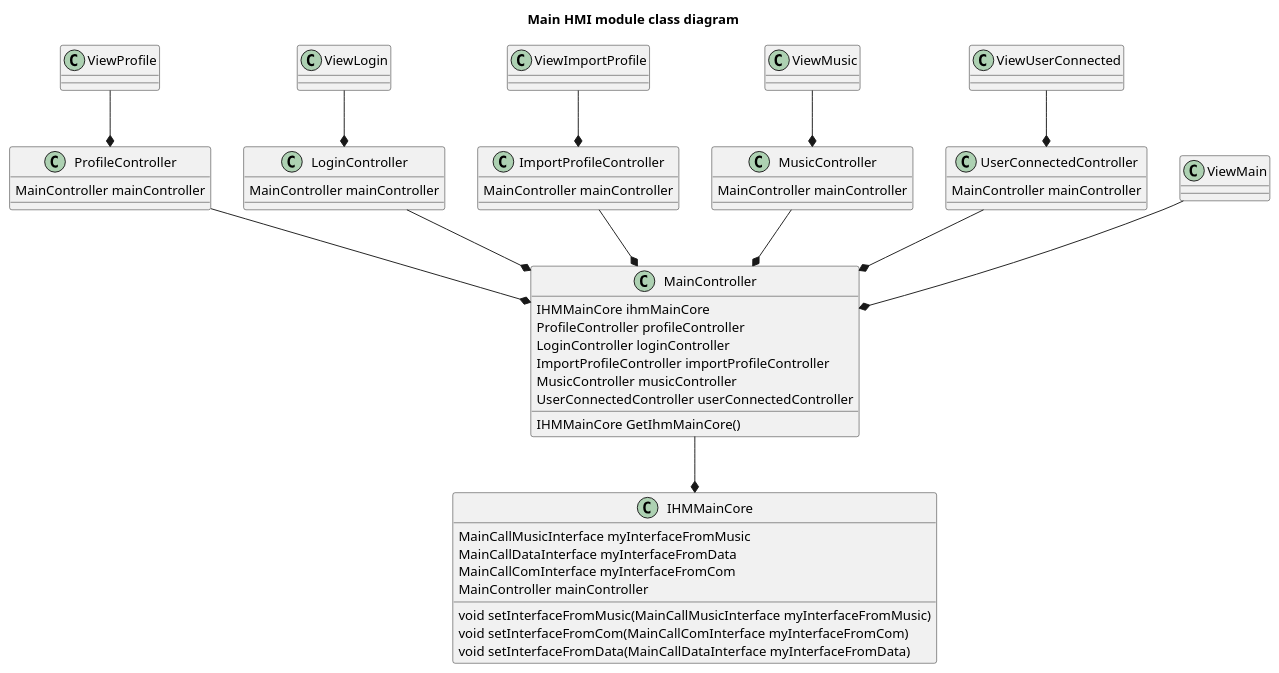
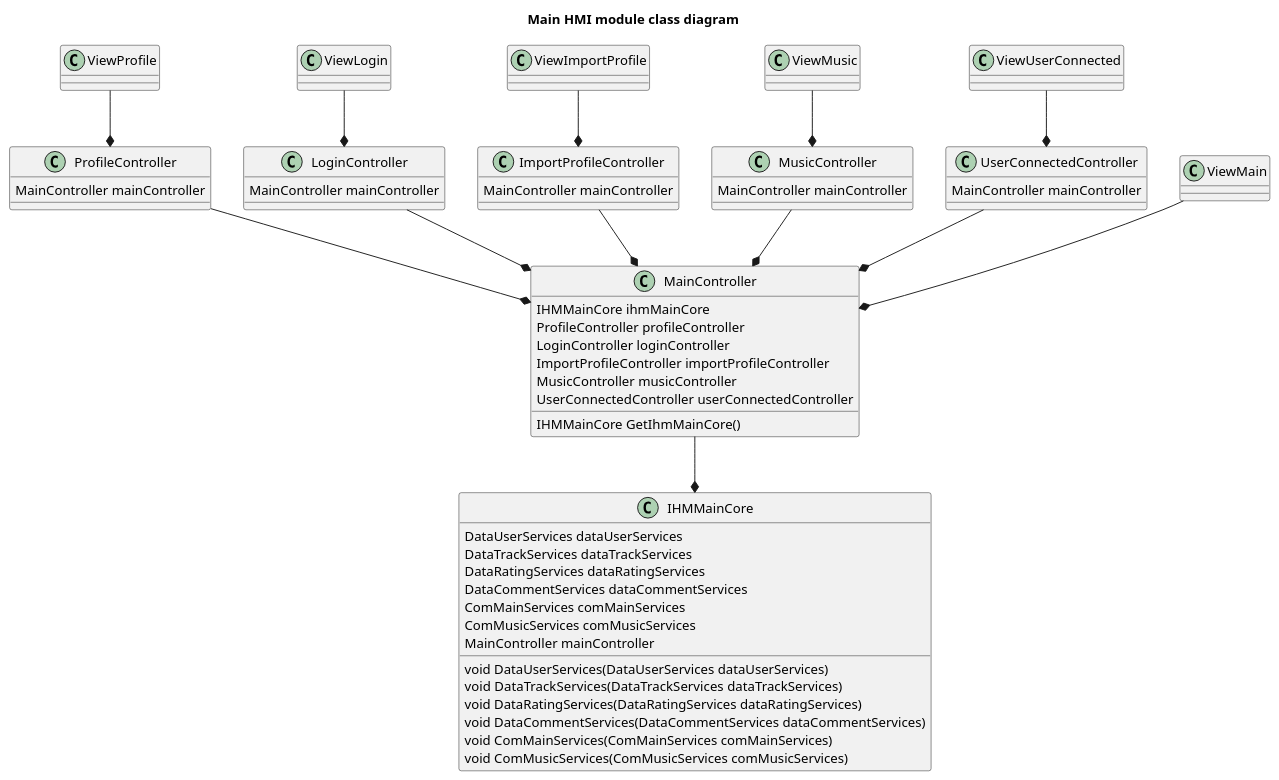
The diagram in class/hmi_main.puml (UTCAI12/Diagrams), drawn with PlantUML before and after one commit. The commit also changed 1 other file, not shown here.

Commit message:
replacing old services

```diff
--- a/class/hmi_main.puml
+++ b/class/hmi_main.puml
@@ -1,72 +1,78 @@
 @startuml Main HMI module class diagram
 title Main HMI module class diagram
 
     class IHMMainCore {
-        MainCallMusicInterface myInterfaceFromMusic
-        MainCallDataInterface myInterfaceFromData
-        MainCallComInterface myInterfaceFromCom
+        DataUserServices dataUserServices
+        DataTrackServices dataTrackServices
+        DataRatingServices dataRatingServices
+        DataCommentServices dataCommentServices
+        ComMainServices comMainServices
+        ComMusicServices comMusicServices
         MainController mainController
 
-        void setInterfaceFromMusic(MainCallMusicInterface myInterfaceFromMusic)
-        void setInterfaceFromCom(MainCallComInterface myInterfaceFromCom)
-        void setInterfaceFromData(MainCallDataInterface myInterfaceFromData)
+        void DataUserServices(DataUserServices dataUserServices)
+        void DataTrackServices(DataTrackServices dataTrackServices)
+        void DataRatingServices(DataRatingServices dataRatingServices)
+        void DataCommentServices(DataCommentServices dataCommentServices)
+        void ComMainServices(ComMainServices comMainServices)
+        void ComMusicServices(ComMusicServices comMusicServices)
     }
 
 
     class ProfileController {
         MainController mainController
     }
 
     class LoginController {
         MainController mainController
     }
 
     class ImportProfileController {
         MainController mainController
     }
 
     class MusicController {
         MainController mainController
     }
 
     class UserConnectedController {
         MainController mainController
     }
 
 
     class ViewProfile
     class ViewLogin
     class ViewImportProfile
     class ViewMusic
     class ViewUserConnected
     class ViewMain
 
 
     class MainController {
         IHMMainCore ihmMainCore
         ProfileController profileController
         LoginController loginController
         ImportProfileController importProfileController
         MusicController musicController
         UserConnectedController userConnectedController
 
         IHMMainCore GetIhmMainCore()
     }
 
     ViewProfile --* ProfileController
     ViewLogin --* LoginController
     ViewImportProfile --* ImportProfileController
     ViewMusic --* MusicController
     ViewUserConnected --* UserConnectedController
     ViewMain --* MainController
 
 
     MainController --* IHMMainCore
 
     ProfileController --* MainController
     LoginController --* MainController
     ImportProfileController --* MainController
     MusicController --* MainController
     UserConnectedController --* MainController
 
 @enduml
```
